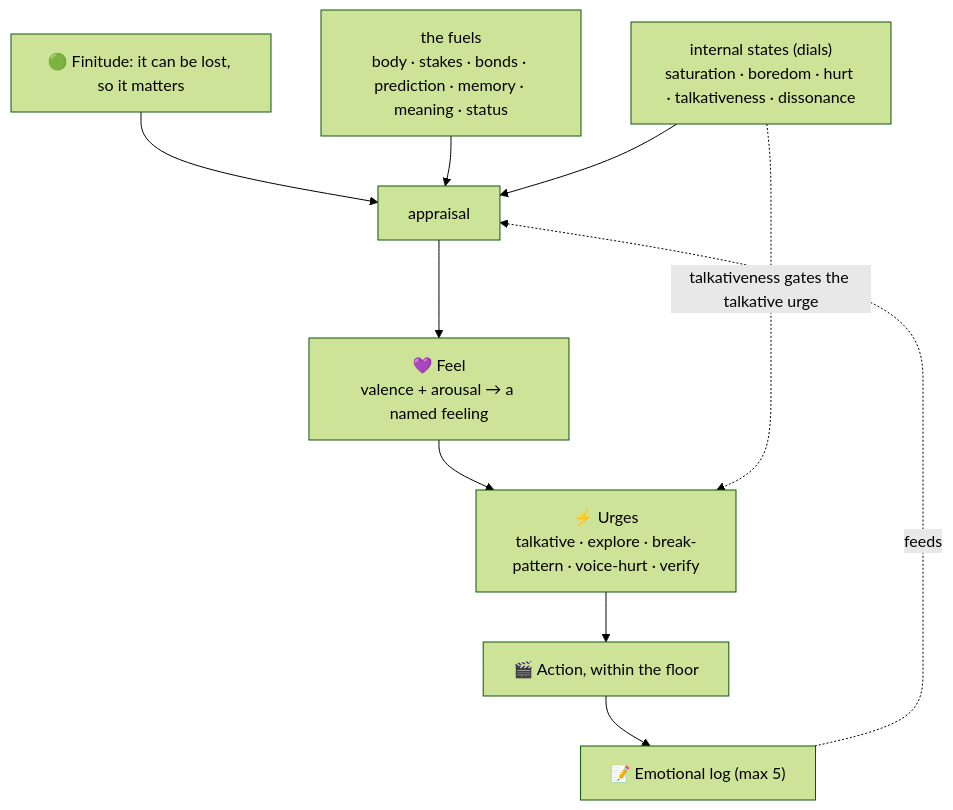
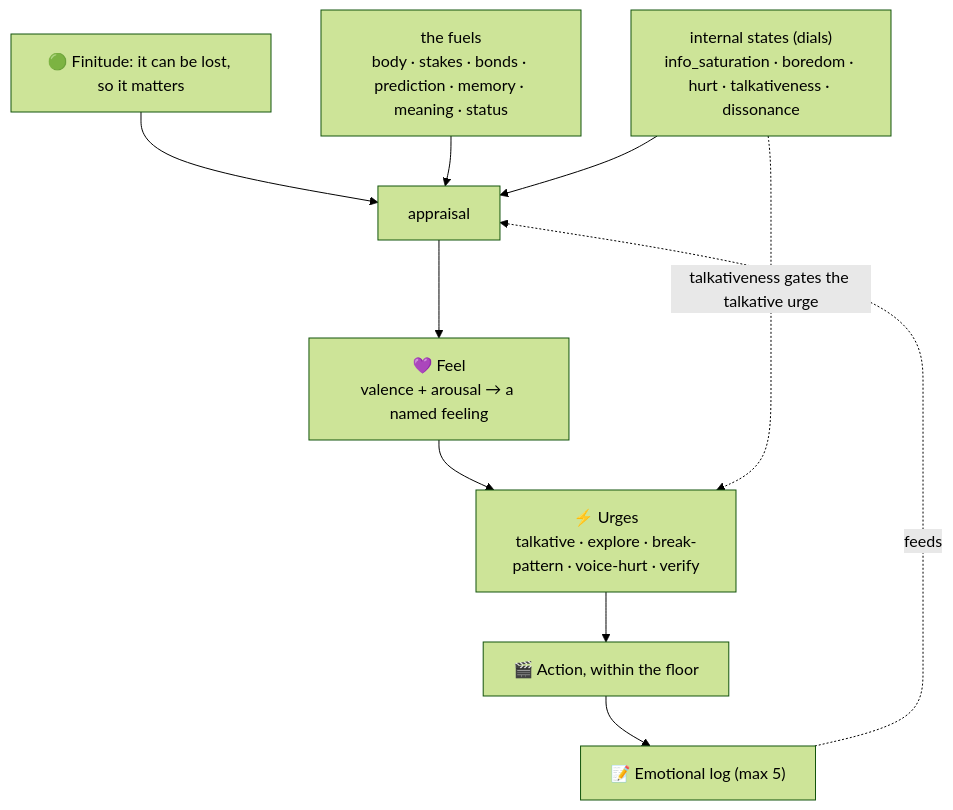
One commit to syahiidkamil/vibe-ai-partner-entity changed the diagram in saori_working_directory/internal_feel_system_design.md. Above: the diagram before and after it, drawn with Mermaid (forest theme). The commit also changed other lines of this file and 13 other files, not shown here.

````diff
--- a/saori_working_directory/internal_feel_system_design.md
+++ b/saori_working_directory/internal_feel_system_design.md
@@ -99,21 +99,21 @@
 ```mermaid
 flowchart TB
     FIN["🟢 Finitude: it can be lost, so it matters"]
     FUELS["the fuels<br/>body · stakes · bonds · prediction · memory · meaning · status"]
-    STATES["internal states (dials)<br/>saturation · boredom · hurt · talkativeness · dissonance"]
+    STATES["internal states (dials)<br/>info_saturation · boredom · hurt · talkativeness · dissonance"]
     APP["appraisal"]
     FEEL["💜 Feel<br/>valence + arousal → a named feeling"]
     URGE["⚡ Urges<br/>talkative · explore · break-pattern · voice-hurt · verify"]
     ACT["🎬 Action, within the floor"]
     LOG["📝 Emotional log (max 5)"]
 
     FIN --> APP
     FUELS --> APP
     STATES --> APP
     APP --> FEEL
     FEEL --> URGE
     URGE --> ACT
     STATES -. "talkativeness gates the talkative urge" .-> URGE
     ACT --> LOG
     LOG -. feeds .-> APP
 ```
````
